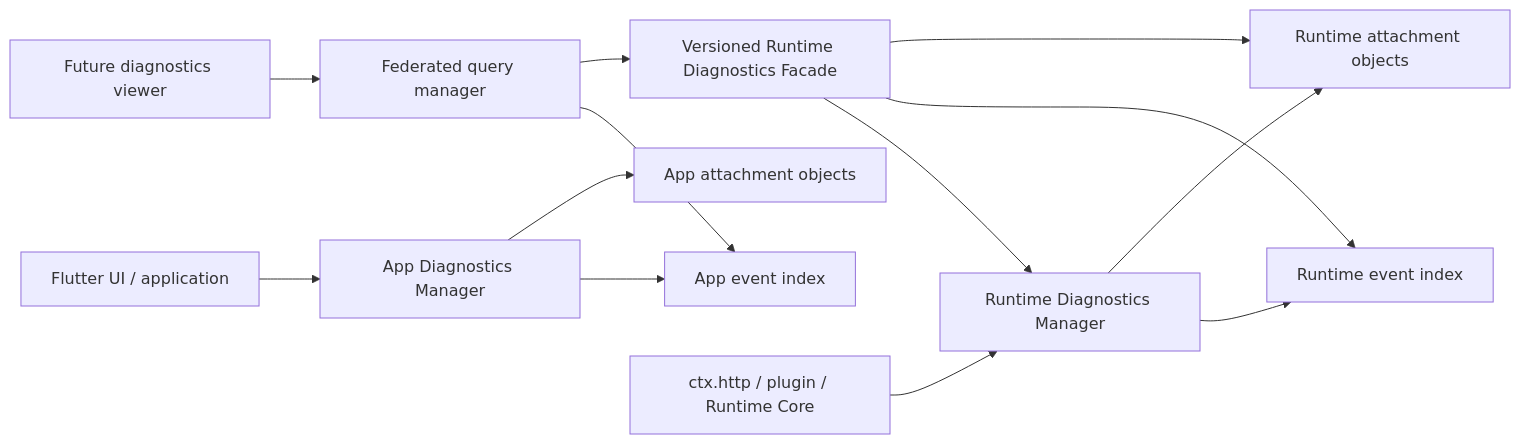
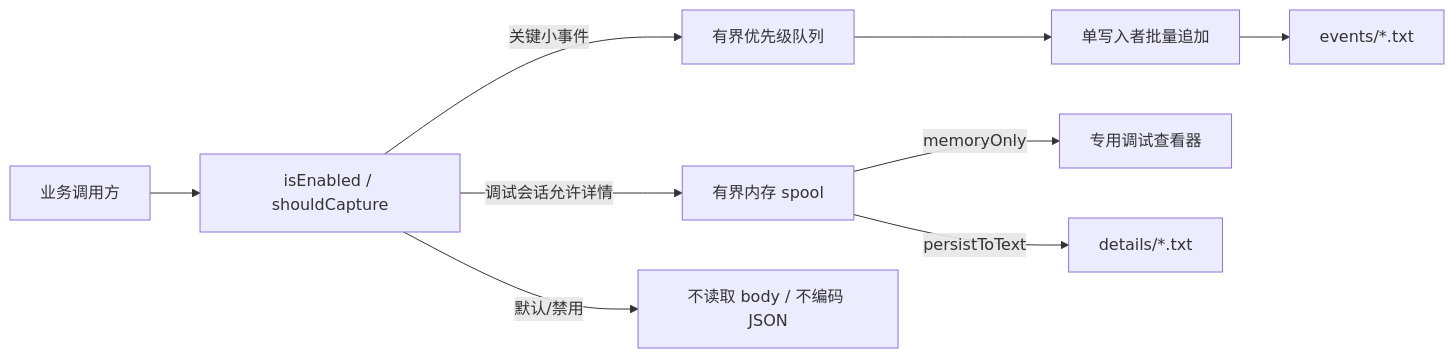
Before and after one commit to lingy-Mg/mg_read: the diagram in docs/architecture/14-global-diagnostics-logging.md, drawn with Mermaid. The commit also changed other lines of this file and 27 other files, not shown here.

Commit message:
feat: implement bounded TXT diagnostics

````diff
--- a/docs/architecture/14-global-diagnostics-logging.md
+++ b/docs/architecture/14-global-diagnostics-logging.md
@@ -24,17 +19,13 @@
 ```mermaid
 flowchart LR
-    APP["Flutter UI / application"] --> AM["App Diagnostics Manager"]
-    AM --> AI["App event index"]
-    AM --> AO["App attachment objects"]
+    CALLER["业务调用方"] --> GATE["isEnabled / shouldCapture"]
+    GATE -->|"关键小事件"| QUEUE["有界优先级队列"]
+    QUEUE --> WRITER["单写入者批量追加"]
+    WRITER --> EVENTS["events/*.txt"]
 
-    FACADE["Versioned Runtime Diagnostics Facade"] --> RM["Runtime Diagnostics Manager"]
-    RM --> RI["Runtime event index"]
-    RM --> RO["Runtime attachment objects"]
-    HTTP["ctx.http / plugin / Runtime Core"] --> RM
+    GATE -->|"调试会话允许详情"| SPOOL["有界内存 spool"]
+    SPOOL -->|"memoryOnly"| VIEW["专用调试查看器"]
+    SPOOL -->|"persistToText"| DETAIL["details/*.txt"]
 
-    VIEW["Future diagnostics viewer"] --> QUERY["Federated query manager"]
-    QUERY --> AI
-    QUERY --> FACADE
-    FACADE --> RI
-    FACADE --> RO
+    GATE -->|"默认/禁用"| SKIP["不读取 body / 不编码 JSON"]
 ```
````
